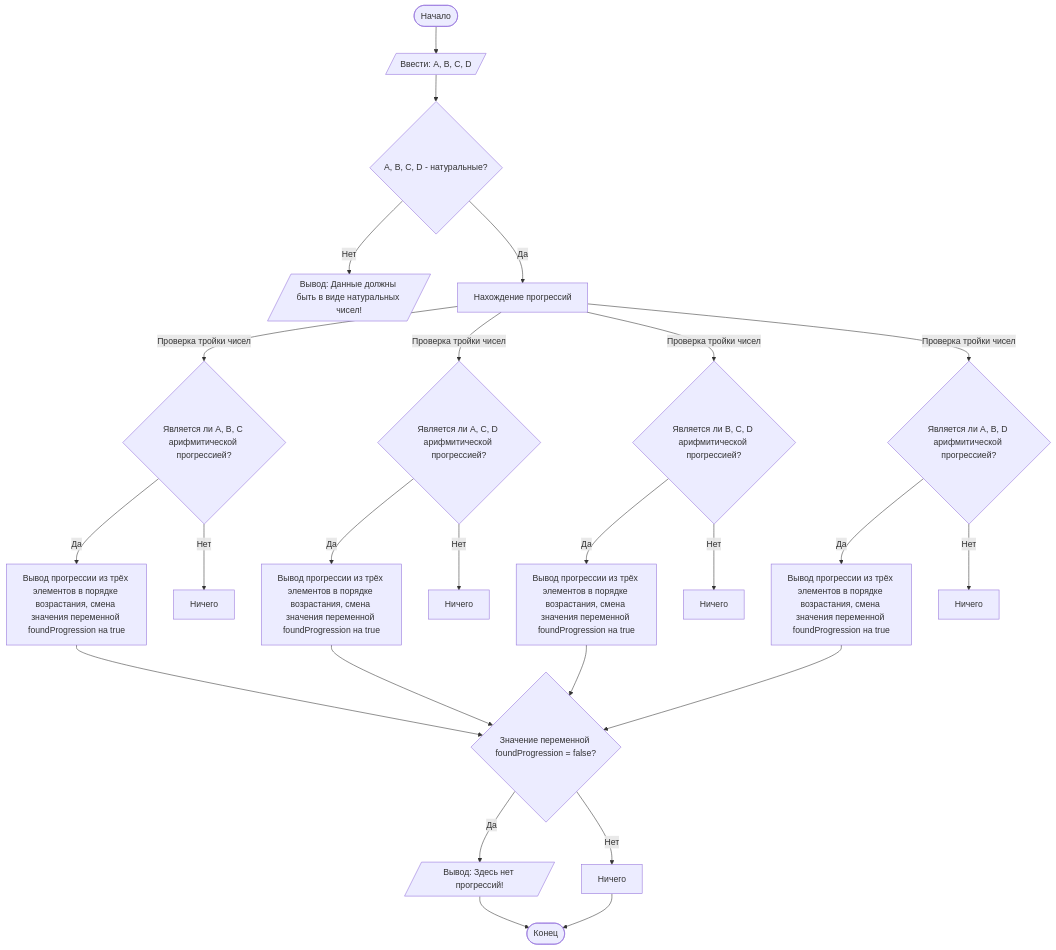
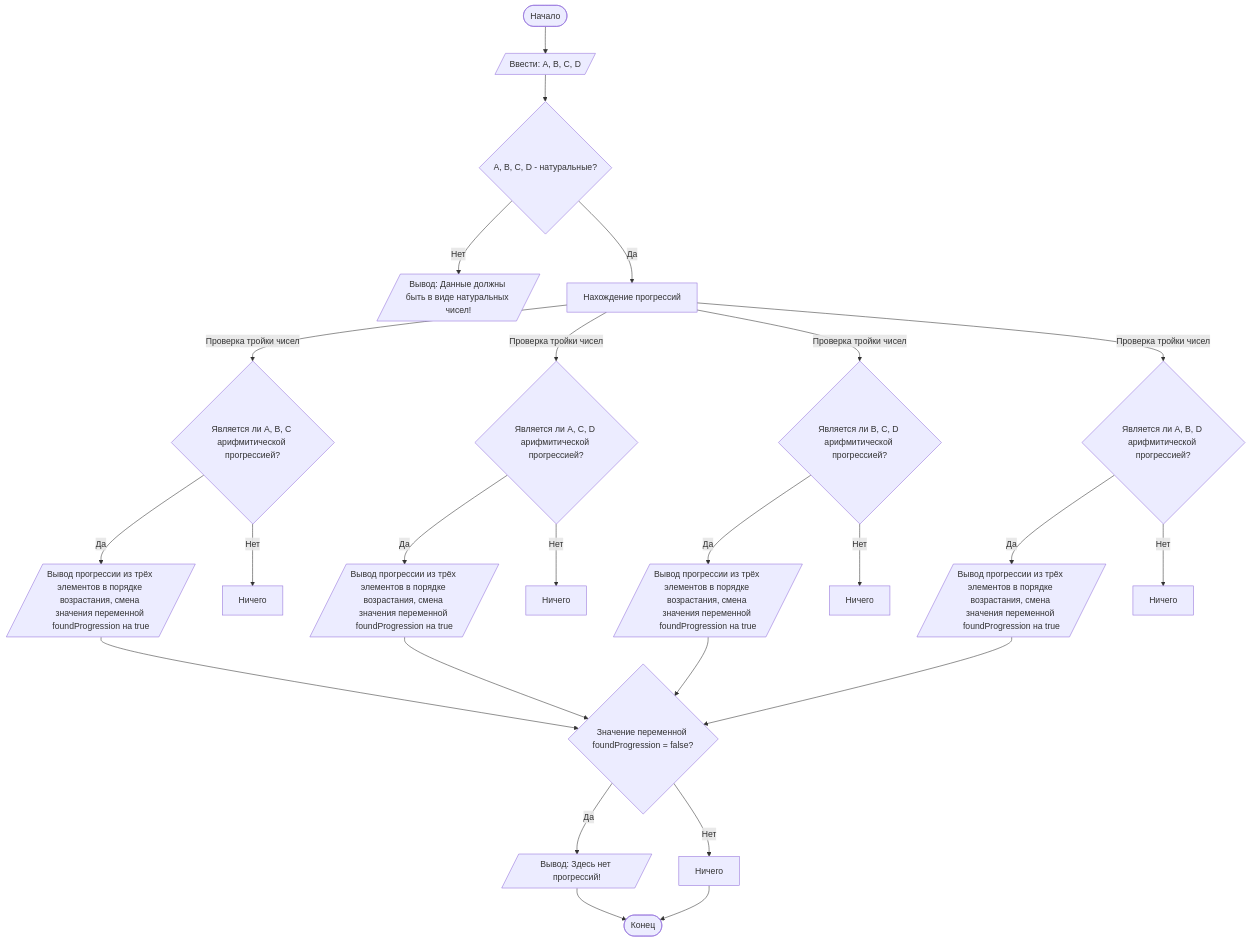
The diagram in README.md (Matvey-Kh/Lab1), drawn with Mermaid before and after one commit. The commit also changed other lines of this file and 1 other file, not shown here.

````diff
--- a/README.md
+++ b/README.md
@@ -92,26 +92,26 @@
 ```mermaid
 graph TD
     A([Начало]) --> B[/Ввести: A, B, C, D/]
     B --> C{A, B, C, D - натуральные?}
     C -- Нет --> D[/Вывод: Данные должны быть в виде натуральных чисел!/]
     C -- Да --> L[Нахождение прогрессий]
     L -- Проверка тройки чисел --> H{Является ли A, B, C арифмитической прогрессией?}
     L -- Проверка тройки чисел --> I{Является ли A, C, D арифмитической прогрессией?}
     L -- Проверка тройки чисел --> J{Является ли B, C, D арифмитической прогрессией?}
     L -- Проверка тройки чисел --> K{Является ли A, B, D арифмитической прогрессией?}
-    H -- Да --> M1[Вывод прогрессии из трёх элементов в порядке возрастания, смена значения переменной foundProgression на true]
+    H -- Да --> M1[/Вывод прогрессии из трёх элементов в порядке возрастания, смена значения переменной foundProgression на true/]
     H -- Нет --> M2[Ничего]
-    I -- Да --> M3[Вывод прогрессии из трёх элементов в порядке возрастания, смена значения переменной foundProgression на true]
+    I -- Да --> M3[/Вывод прогрессии из трёх элементов в порядке возрастания, смена значения переменной foundProgression на true/]
     I -- Нет --> M4[Ничего]
-    J -- Да --> M5[Вывод прогрессии из трёх элементов в порядке возрастания, смена значения переменной foundProgression на true]
+    J -- Да --> M5[/Вывод прогрессии из трёх элементов в порядке возрастания, смена значения переменной foundProgression на true/]
     J -- Нет --> M6[Ничего]
-    K -- Да --> M7[Вывод прогрессии из трёх элементов в порядке возрастания, смена значения переменной foundProgression на true]
+    K -- Да --> M7[/Вывод прогрессии из трёх элементов в порядке возрастания, смена значения переменной foundProgression на true/]
     K -- Нет --> M8[Ничего]
     M1 --> N{Значение переменной foundProgression = false?}
     M3 --> N{Значение переменной foundProgression = false?}
     M5 --> N{Значение переменной foundProgression = false?}
     M7 --> N{Значение переменной foundProgression = false?}
     N -- Да --> O1[/Вывод: Здесь нет прогрессий!/] --> Z([Конец])
     N -- Нет --> O2[Ничего] --> Z([Конец])
 
 ```
````
